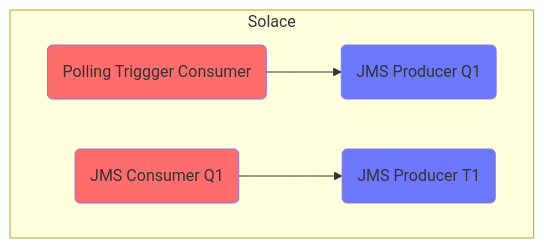
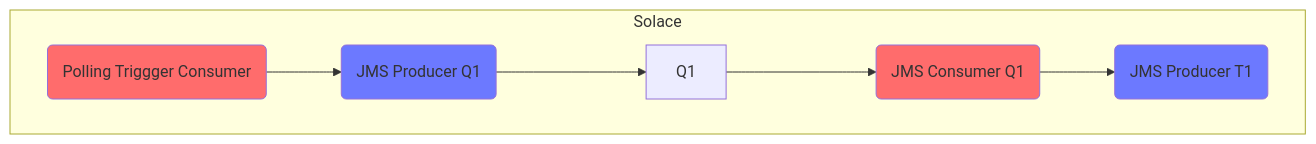
The diagram in README.md (interlok-testing/testing_solace), drawn with Mermaid before and after one commit.

Commit message:
Update mermaid diagram

````diff
--- a/README.md
+++ b/README.md
@@ -19,14 +19,16 @@
 ```mermaid
 graph LR
   subgraph Solace
     direction LR
     P_C(Polling Triggger Consumer) --> J_P_Q(JMS Producer Q1)
+    J_P_Q ---> Q1
+    Q1 ---> J_C_Q
     J_C_Q(JMS Consumer Q1) --> J_P_T(JMS Producer T1)
   end
 
   style P_C fill:#FF6C6C
   style J_C_Q fill:#FF6C6C
   style J_P_Q fill: #6C79FF
   style J_P_T fill: #6C79FF
 
 ```
````
